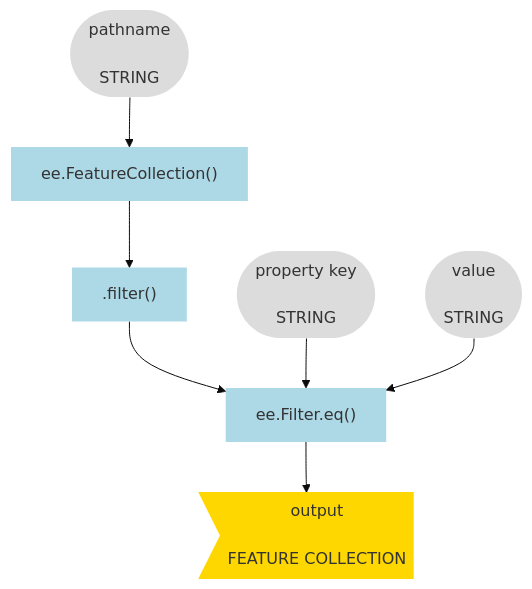
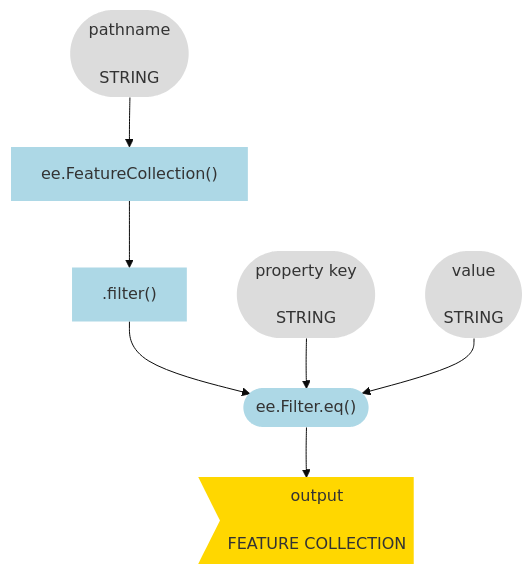
One commit to jeffhowarth/eeprimer changed the first of 17 diagrams in src/workflows/grassland_bird_habitat.md. Above: the diagram before and after it, drawn with Mermaid (base theme). The commit also changed other lines of this file and 4 other files, not shown here.

````diff
--- a/src/workflows/grassland_bird_habitat.md
+++ b/src/workflows/grassland_bird_habitat.md
@@ -55,21 +58,21 @@
 ``` mermaid
 graph TD
   method1["ee.FeatureCollection()"] ;
   arg_att1([pathname\n\nSTRING]) --> method1;
 
   method1 --> method2[".filter()"];
-  method2 --> method3["ee.Filter.eq()"];
+  method2 --> method3(["ee.Filter.eq()"]);
 
   method3 --> output>output\n\nFEATURE COLLECTION];
 
   arg_att2([property key\n\nSTRING]) --> method3;
   arg_att3([value\n\nSTRING]) --> method3;
 
   style method1 fill:#ADD8E6,stroke-width:0px
   style method2 fill:#ADD8E6,stroke-width:0px
   style method3 fill:#ADD8E6,stroke-width:0px
   style output fill:#FFD700,stroke-width:0px
   style arg_att1 fill:#DCDCDC,stroke-width:0px
   style arg_att2 fill:#DCDCDC,stroke-width:0px
   style arg_att3 fill:#DCDCDC,stroke-width:0px
 ```
````
